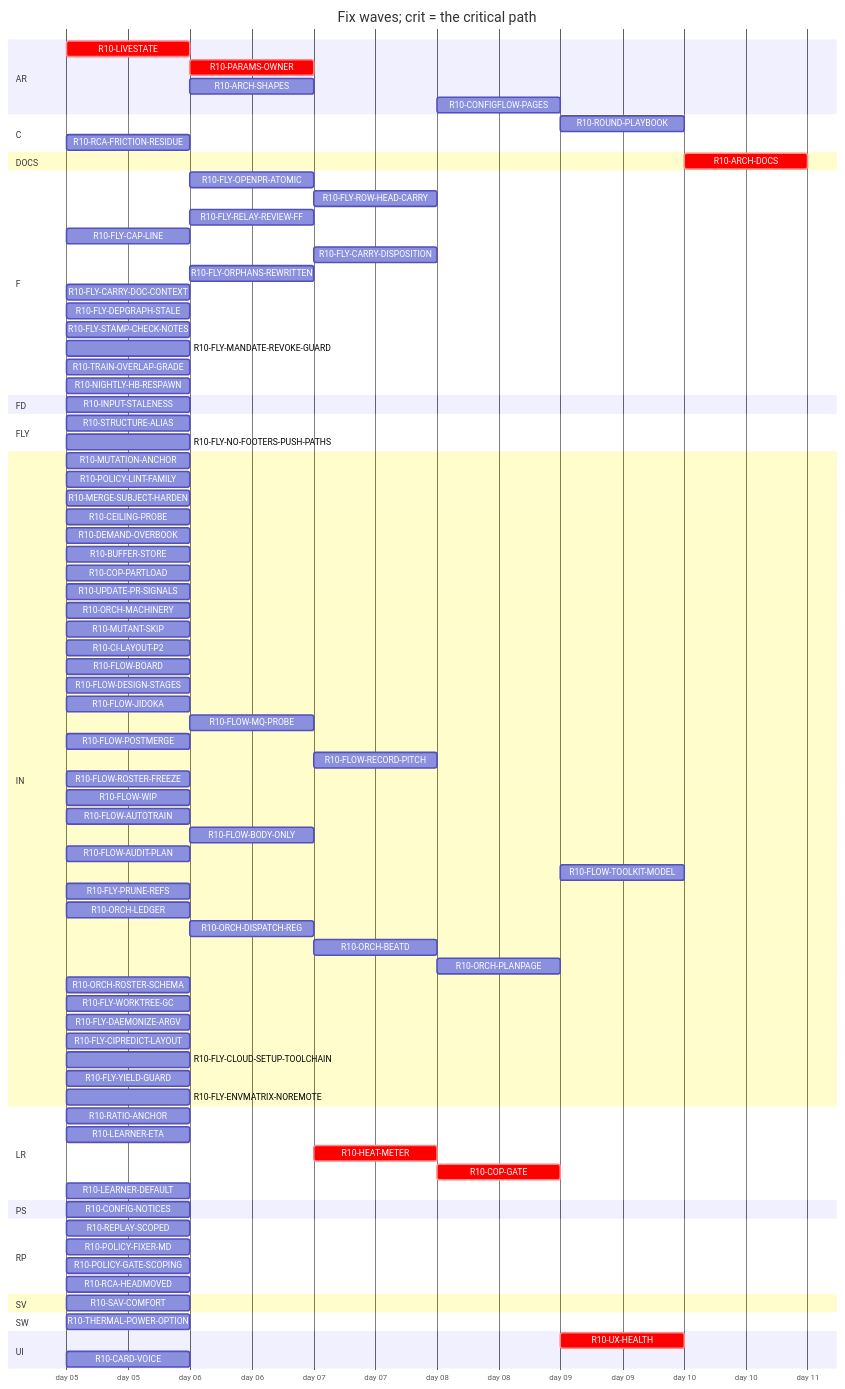
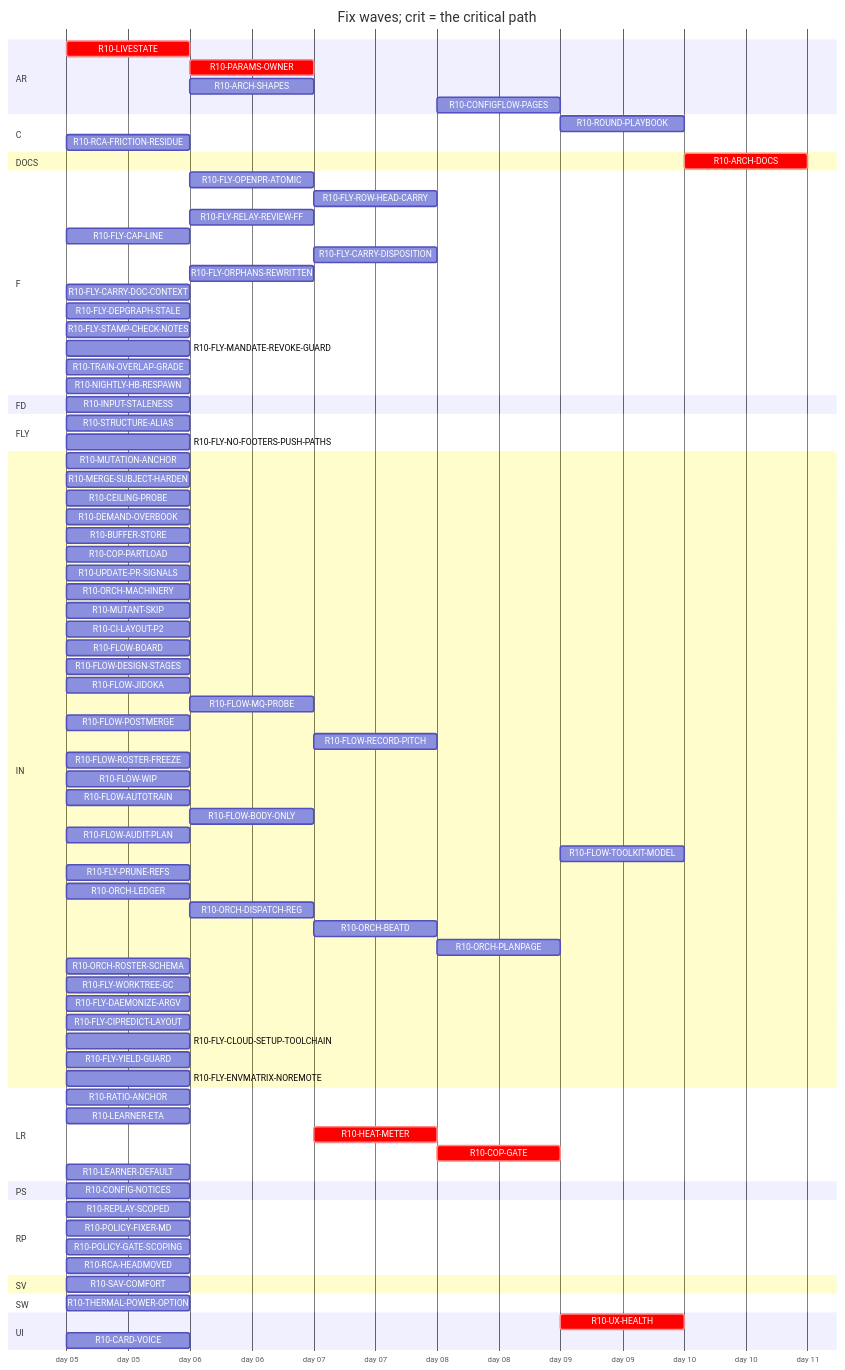
Before and after one commit to tvofi/heatpump_optimizer: the diagram in handoff/round10/state/PLAN-TABLE.md, drawn with Mermaid. The commit also changed other lines of this file and 2 other files, not shown here.

```diff
--- a/handoff/round10/state/PLAN-TABLE.md
+++ b/handoff/round10/state/PLAN-TABLE.md
@@ -58,7 +58,6 @@
     R10-FLY-NO-FOOTERS-PUSH-PATHS :r10FLYNOFOOTERSPUSHPATHS, 2026-01-05, 1d
   section IN
     R10-MUTATION-ANCHOR :r10MUTATIONANCHOR, 2026-01-05, 1d
-    R10-POLICY-LINT-FAMILY :r10POLICYLINTFAMILY, 2026-01-05, 1d
     R10-MERGE-SUBJECT-HARDEN :r10MERGESUBJECTHARDEN, 2026-01-05, 1d
     R10-CEILING-PROBE :r10CEILINGPROBE, 2026-01-05, 1d
     R10-DEMAND-OVERBOOK :r10DEMANDOVERBOOK, 2026-01-05, 1d
```
